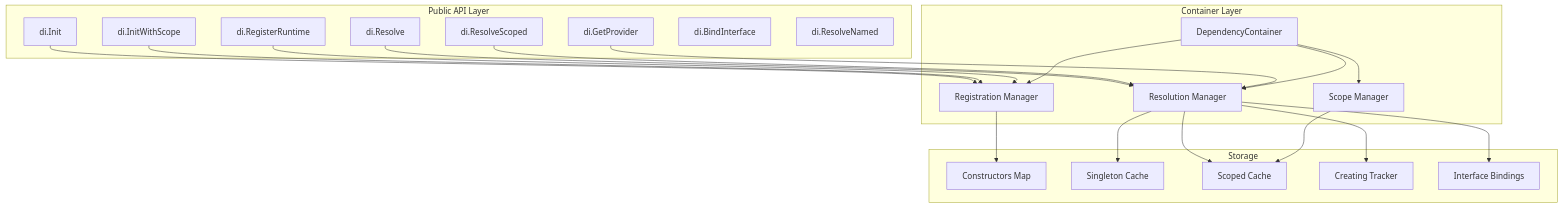
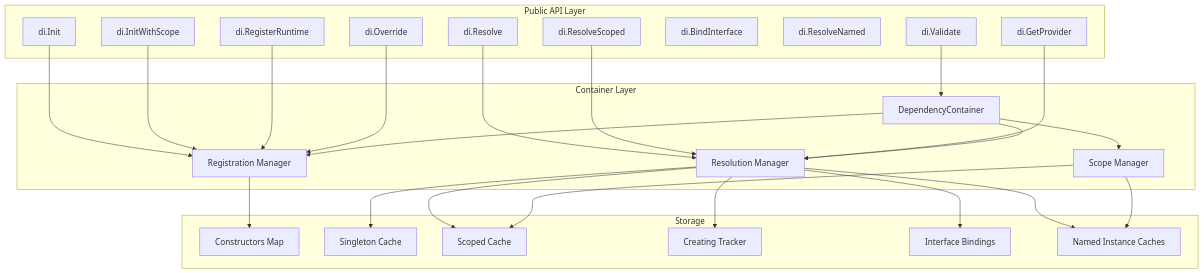
Before and after one commit to binodta/depWeaver: the first of 11 diagrams in ARCHITECTURE.md, drawn with Mermaid. The commit also changed other lines of this file and 18 other files, not shown here.

Commit message:
feat: Add eager dependency graph validation, support named concrete types, and introduce override functionality.

````diff
--- a/ARCHITECTURE.md
+++ b/ARCHITECTURE.md
@@ -7,46 +7,53 @@
 ```mermaid
 graph TB
     subgraph "Public API Layer"
         Init[di.Init]
         InitScope[di.InitWithScope]
         Resolve[di.Resolve]
         ResolveScoped[di.ResolveScoped]
         GetProvider[di.GetProvider]
         RegisterRuntime[di.RegisterRuntime]
         BindInterface[di.BindInterface]
         ResolveNamed[di.ResolveNamed]
+        Validate[di.Validate]
+        Override[di.Override]
     end
     
     subgraph "Container Layer"
         DC[DependencyContainer]
         RegMgr[Registration Manager]
         ResMgr[Resolution Manager]
         ScopeMgr[Scope Manager]
     end
     
     subgraph "Storage"
         Constructors[Constructors Map]
         Singletons[Singleton Cache]
         ScopedCache[Scoped Cache]
         Creating[Creating Tracker]
         Bindings[Interface Bindings]
+        NamedCaches[Named Instance Caches]
     end
     
     Init --> RegMgr
     InitScope --> RegMgr
     Resolve --> ResMgr
     ResolveScoped --> ResMgr
     RegisterRuntime --> RegMgr
     GetProvider --> ResMgr
+    Validate --> DC
+    Override --> RegMgr
     
     RegMgr --> Constructors
     ResMgr --> Singletons
     ResMgr --> ScopedCache
     ResMgr --> Creating
     ResMgr --> Bindings
+    ResMgr --> NamedCaches
     ScopeMgr --> ScopedCache
+    ScopeMgr --> NamedCaches
     
     DC --> RegMgr
     DC --> ResMgr
     DC --> ScopeMgr
 ```
````
